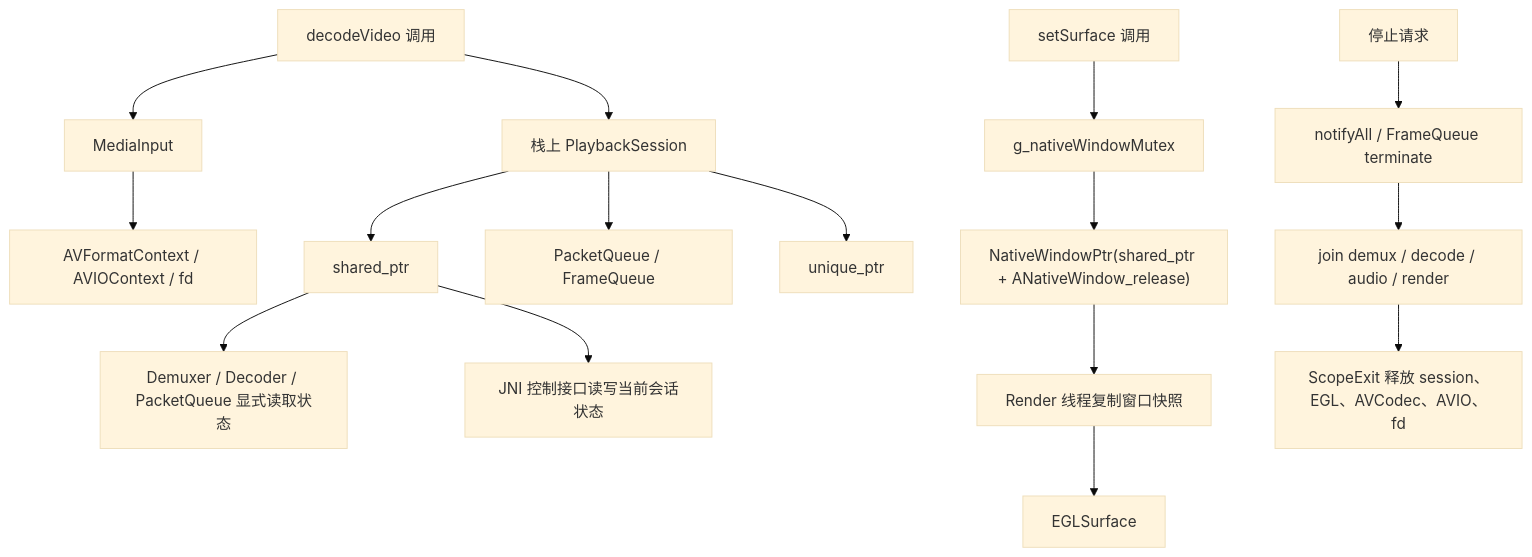
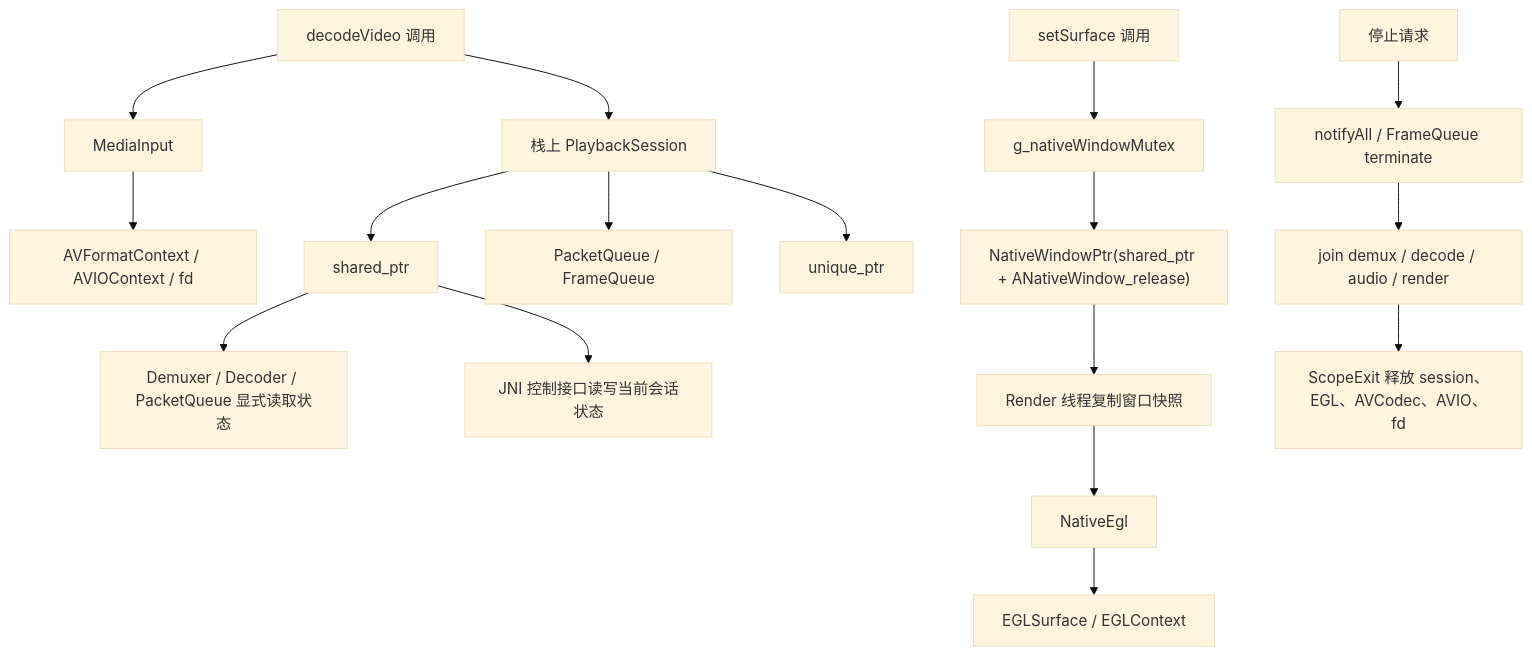
The fifth of 5 diagrams in README.md (Skyline7190/VideoDecoder), drawn with Mermaid (base theme) before and after one commit. The commit also changed other lines of this file and 4 other files, not shown here.

Commit message:
Extract native EGL helpers

````diff
--- a/README.md
+++ b/README.md
@@ -203,20 +204,21 @@
 ```mermaid
 flowchart TB
     DecodeCall["decodeVideo 调用"] --> LocalSession["栈上 PlaybackSession"]
     DecodeCall --> Input["MediaInput"]
     Input --> InputResource["AVFormatContext / AVIOContext / fd"]
     LocalSession --> State["shared_ptr<PlaybackState>"]
     LocalSession --> Queues["PacketQueue / FrameQueue"]
     LocalSession --> AudioPtr["unique_ptr<AudioRenderer>"]
     State --> DemuxerState["Demuxer / Decoder / PacketQueue 显式读取状态"]
     State --> JniState["JNI 控制接口读写当前会话状态"]
 
     SurfaceCall["setSurface 调用"] --> WindowLock["g_nativeWindowMutex"]
     WindowLock --> SharedWindow["NativeWindowPtr(shared_ptr + ANativeWindow_release)"]
     SharedWindow --> RenderSnapshot["Render 线程复制窗口快照"]
-    RenderSnapshot --> EGLSurface["EGLSurface"]
+    RenderSnapshot --> NativeEgl["NativeEgl"]
+    NativeEgl --> EGLSurface["EGLSurface / EGLContext"]
 
     Stop["停止请求"] --> Wake["notifyAll / FrameQueue terminate"]
     Wake --> Join["join demux / decode / audio / render"]
     Join --> Cleanup["ScopeExit 释放 session、EGL、AVCodec、AVIO、fd"]
 ```
````
